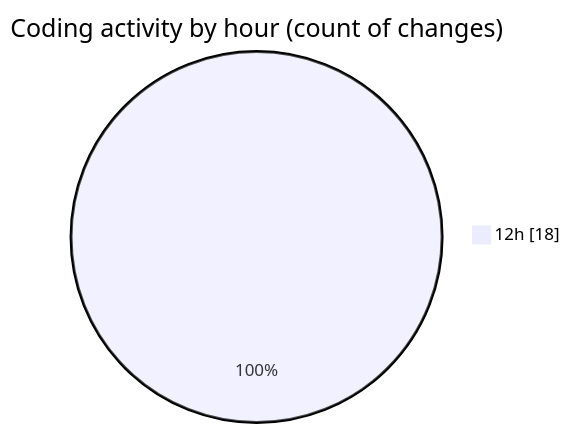
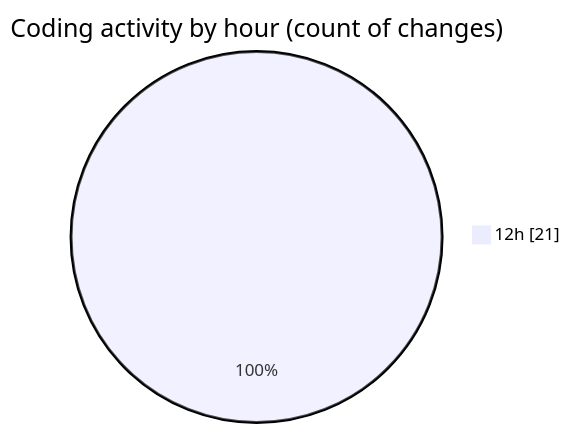
One commit to nxtqubesakshisongat/code-tracking changed the second of 2 diagrams in 2025-05-16/argos-dev/README.md. Above: the diagram before and after it, drawn with Mermaid. The commit also changed other lines of this file and 1 other file, not shown here.

````diff
--- a/2025-05-16/argos-dev/README.md
+++ b/2025-05-16/argos-dev/README.md
@@ -28,5 +28,5 @@
 ```mermaid
 pie showData
 title Coding activity by hour (count of changes)
-"12h" : 18
+"12h" : 21
 ```
````
